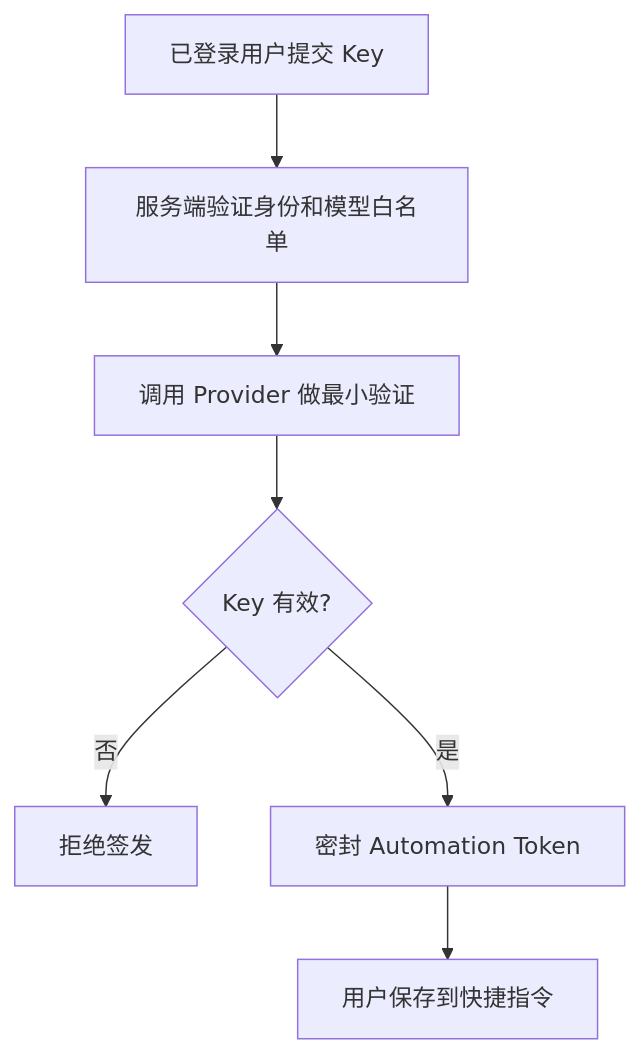
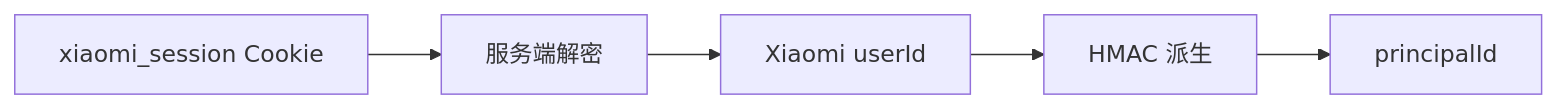
One commit to zhangys10/mijia-web-console changed the third of 14 diagrams in docs/ai-home-poc-design.md. Above: the diagram before and after it, drawn with Mermaid. The commit also changed other lines of this file, not shown here.

````diff
--- a/docs/ai-home-poc-design.md
+++ b/docs/ai-home-poc-design.md
@@ -467,9 +115,7 @@
 ```mermaid
-flowchart TD
-    A["已登录用户提交 Key"] --> B["服务端验证身份和模型白名单"]
-    B --> C["调用 Provider 做最小验证"]
-    C --> D{"Key 有效?"}
-    D -- 否 --> E["拒绝签发"]
-    D -- 是 --> F["密封 Automation Token"]
-    F --> G["用户保存到快捷指令"]
+flowchart LR
+    C["xiaomi_session Cookie"] --> S["服务端解密"]
+    S --> X["Xiaomi userId"]
+    X --> H["HMAC 派生"]
+    H --> P["principalId"]
 ```
````
